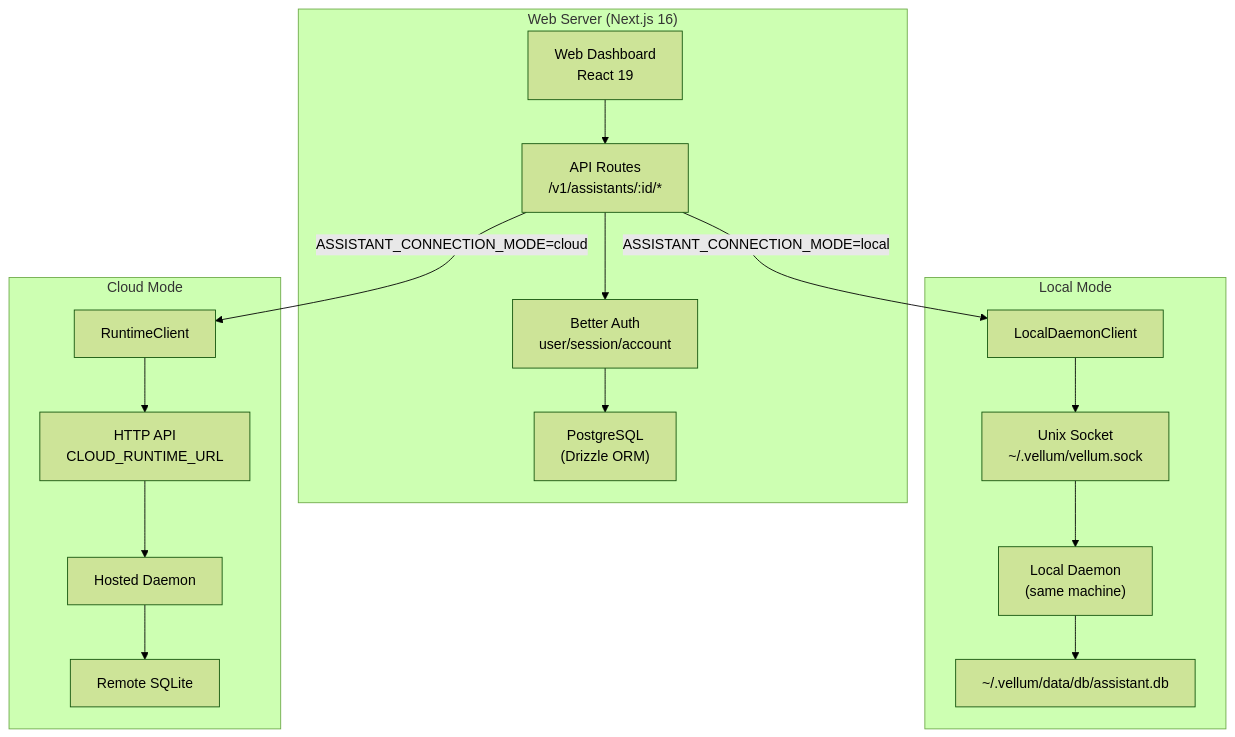
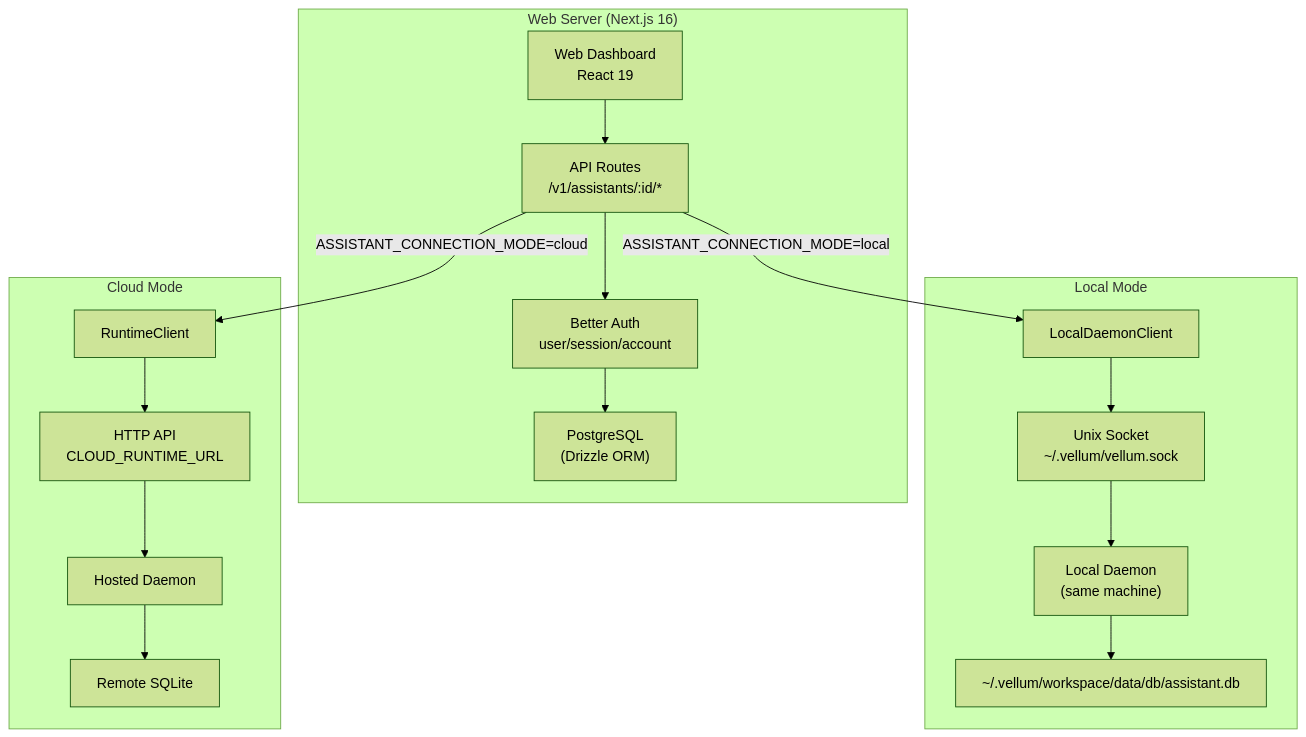
Before and after one commit to vellum-ai/vellum-assistant: the seventh of 23 diagrams in ARCHITECTURE.md, drawn with Mermaid (forest theme). The commit also changed other lines of this file, not shown here.

First line of the commit message:
docs: update ARCHITECTURE.md paths and diagrams for workspace layout

````diff
--- a/ARCHITECTURE.md
+++ b/ARCHITECTURE.md
@@ -761,37 +764,37 @@
 ```mermaid
 graph TB
     subgraph "Web Server (Next.js 16)"
         DASHBOARD["Web Dashboard<br/>React 19"]
         ROUTES["API Routes<br/>/v1/assistants/:id/*"]
         AUTH["Better Auth<br/>user/session/account"]
         PG["PostgreSQL<br/>(Drizzle ORM)"]
     end
 
     subgraph "Local Mode"
         LOCAL_CLIENT["LocalDaemonClient"]
         LOCAL_SOCK["Unix Socket<br/>~/.vellum/vellum.sock"]
         LOCAL_DAEMON["Local Daemon<br/>(same machine)"]
-        LOCAL_DB["~/.vellum/data/db/assistant.db"]
+        LOCAL_DB["~/.vellum/workspace/data/db/assistant.db"]
     end
 
     subgraph "Cloud Mode"
         RUNTIME_CLIENT["RuntimeClient"]
         CLOUD_HTTP["HTTP API<br/>CLOUD_RUNTIME_URL"]
         CLOUD_DAEMON["Hosted Daemon"]
         CLOUD_DB["Remote SQLite"]
     end
 
     DASHBOARD --> ROUTES
     ROUTES --> AUTH
     AUTH --> PG
 
     ROUTES -->|"ASSISTANT_CONNECTION_MODE=local"| LOCAL_CLIENT
     LOCAL_CLIENT --> LOCAL_SOCK
     LOCAL_SOCK --> LOCAL_DAEMON
     LOCAL_DAEMON --> LOCAL_DB
 
     ROUTES -->|"ASSISTANT_CONNECTION_MODE=cloud"| RUNTIME_CLIENT
     RUNTIME_CLIENT --> CLOUD_HTTP
     CLOUD_HTTP --> CLOUD_DAEMON
     CLOUD_DAEMON --> CLOUD_DB
 ```
````
